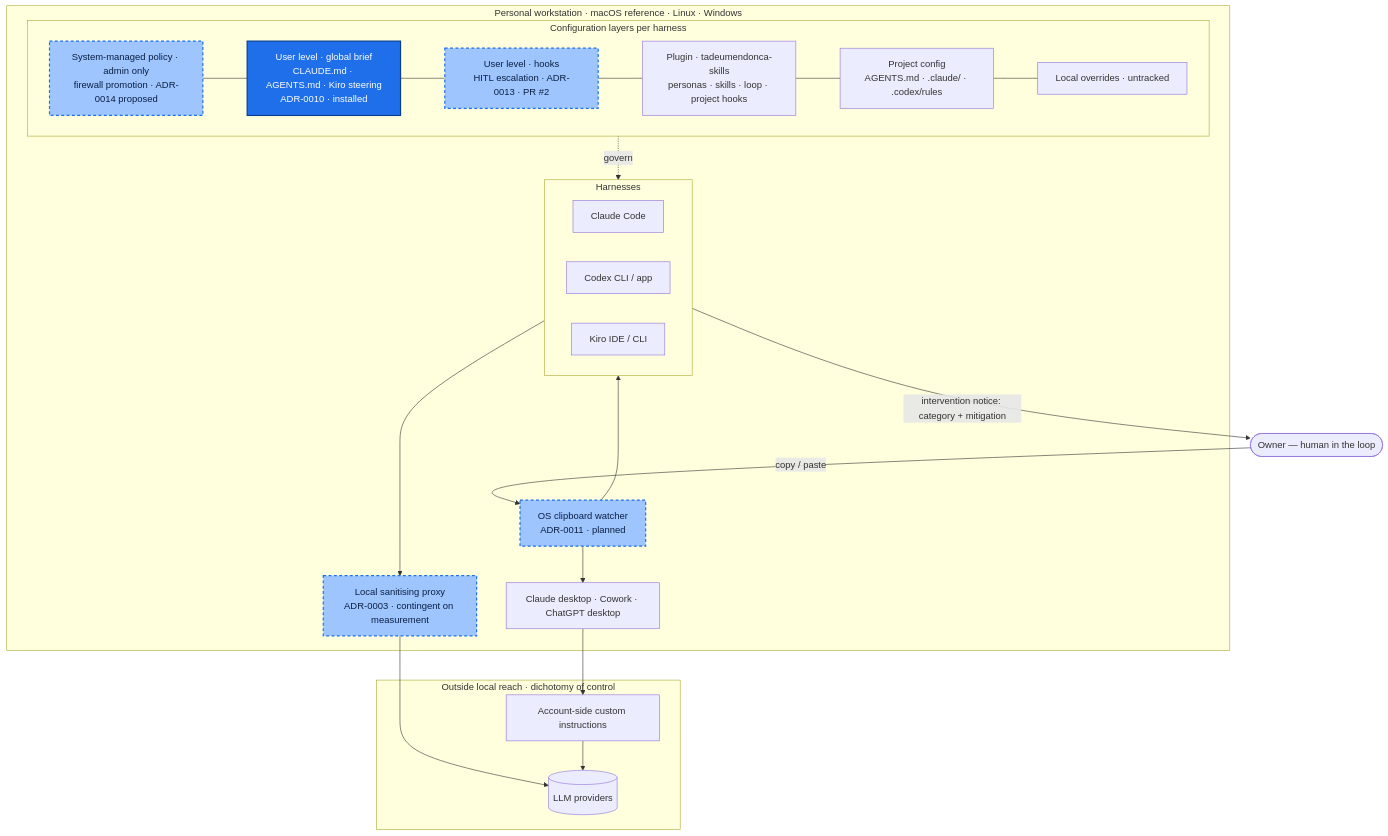
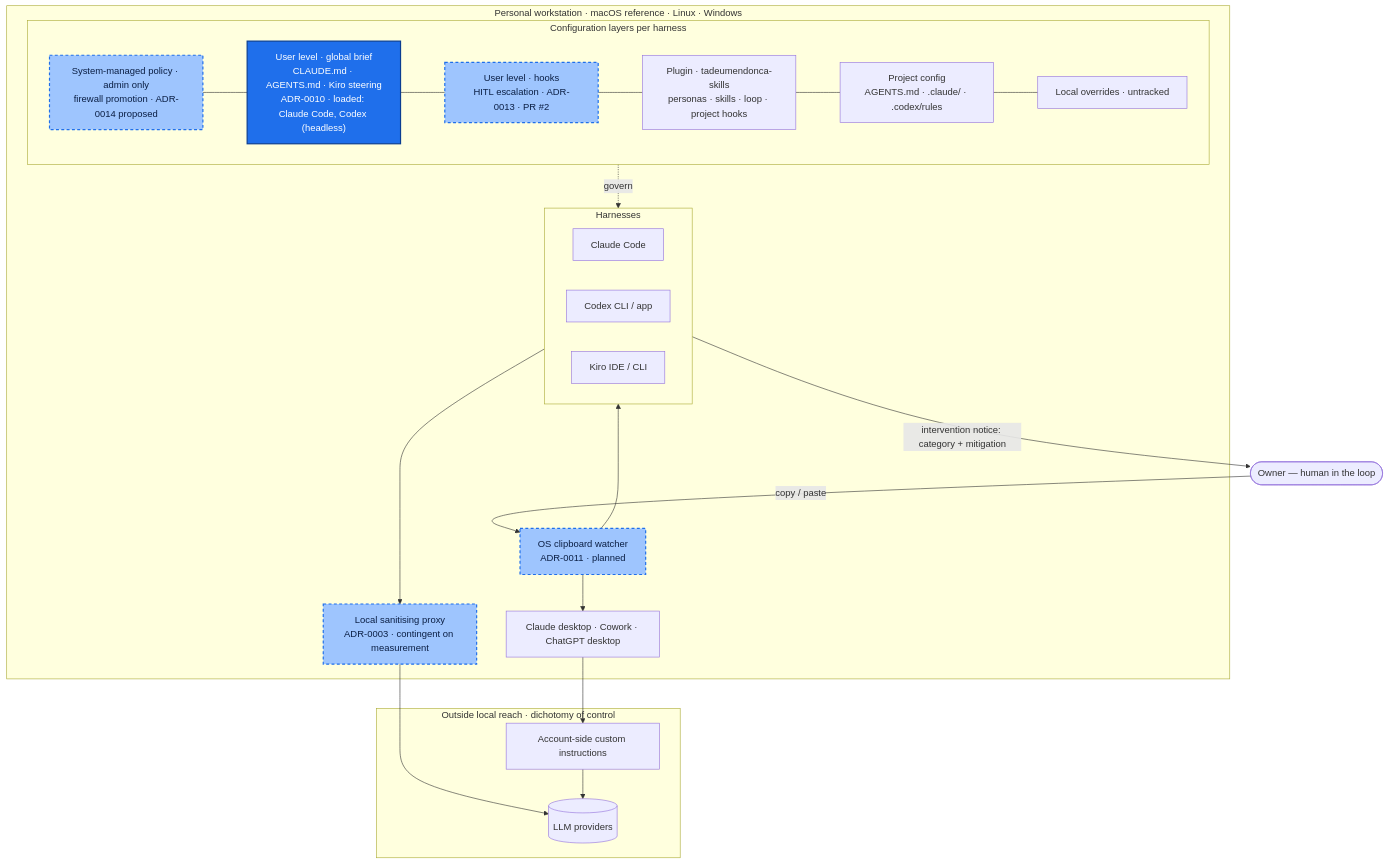
The diagram in README.md (tedeuxx/mhw), drawn with Mermaid before and after one commit. The commit also changed other lines of this file and 2 other files, not shown here.

First line of the commit message:
docs(adr-0010): record global brief measured loaded in Claude Code and Codex

````diff
--- a/README.md
+++ b/README.md
@@ -43,43 +43,43 @@
 ```mermaid
 flowchart TB
   owner(["Owner — human in the loop"])
 
   subgraph WS["Personal workstation · macOS reference · Linux · Windows"]
     clip["OS clipboard watcher<br/>ADR-0011 · planned"]:::oursPlanned
 
     subgraph LAYERS["Configuration layers per harness"]
       managed["System-managed policy · admin only<br/>firewall promotion · ADR-0014 proposed"]:::oursPlanned
-      ubrief["User level · global brief<br/>CLAUDE.md · AGENTS.md · Kiro steering<br/>ADR-0010 · installed"]:::ours
+      ubrief["User level · global brief<br/>CLAUDE.md · AGENTS.md · Kiro steering<br/>ADR-0010 · loaded: Claude Code, Codex (headless)"]:::ours
       uhooks["User level · hooks<br/>HITL escalation · ADR-0013 · PR #2"]:::oursPlanned
       plugin["Plugin · tadeumendonca-skills<br/>personas · skills · loop · project hooks"]
       project["Project config<br/>AGENTS.md · .claude/ · .codex/rules"]
       local["Local overrides · untracked"]
     end
 
     subgraph HARN["Harnesses"]
       cc["Claude Code"]
       cx["Codex CLI / app"]
       kiro["Kiro IDE / CLI"]
     end
 
     proxy["Local sanitising proxy<br/>ADR-0003 · contingent on measurement"]:::oursPlanned
     desk["Claude desktop · Cowork · ChatGPT desktop"]
   end
 
   subgraph CLOUD["Outside local reach · dichotomy of control"]
     acct["Account-side custom instructions"]
     llm[("LLM providers")]
   end
 
   owner -->|copy / paste| clip
   clip --> HARN
   clip --> desk
   managed --- ubrief --- uhooks --- plugin --- project --- local
   LAYERS -. govern .-> HARN
   HARN --> proxy --> llm
   desk --> acct --> llm
   HARN -->|"intervention notice: category + mitigation"| owner
 
   classDef ours fill:#1f6feb,stroke:#0b3d91,color:#ffffff,stroke-width:2px
   classDef oursPlanned fill:#9ec5fe,stroke:#1f6feb,color:#0b1f44,stroke-width:2px,stroke-dasharray:5 4
 ```
````
